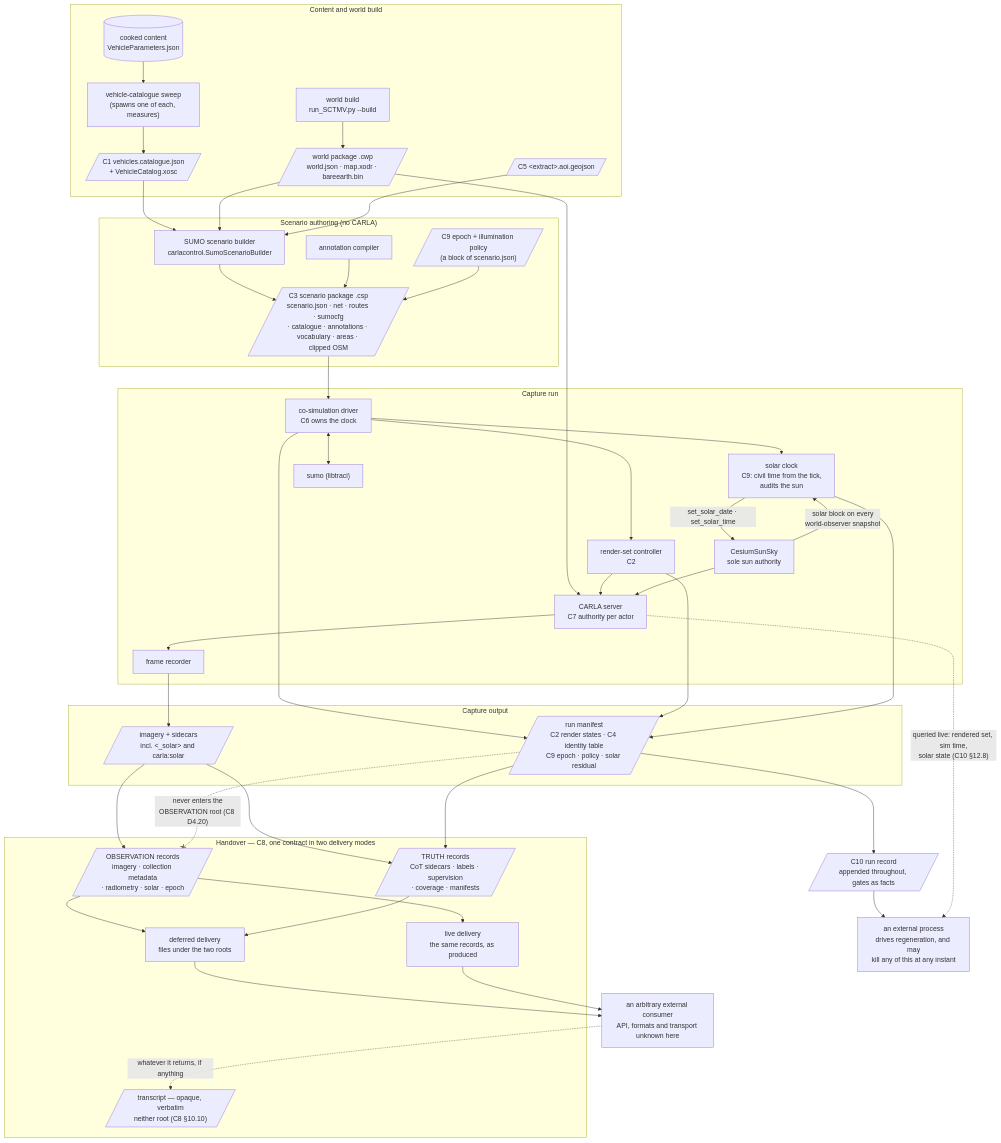
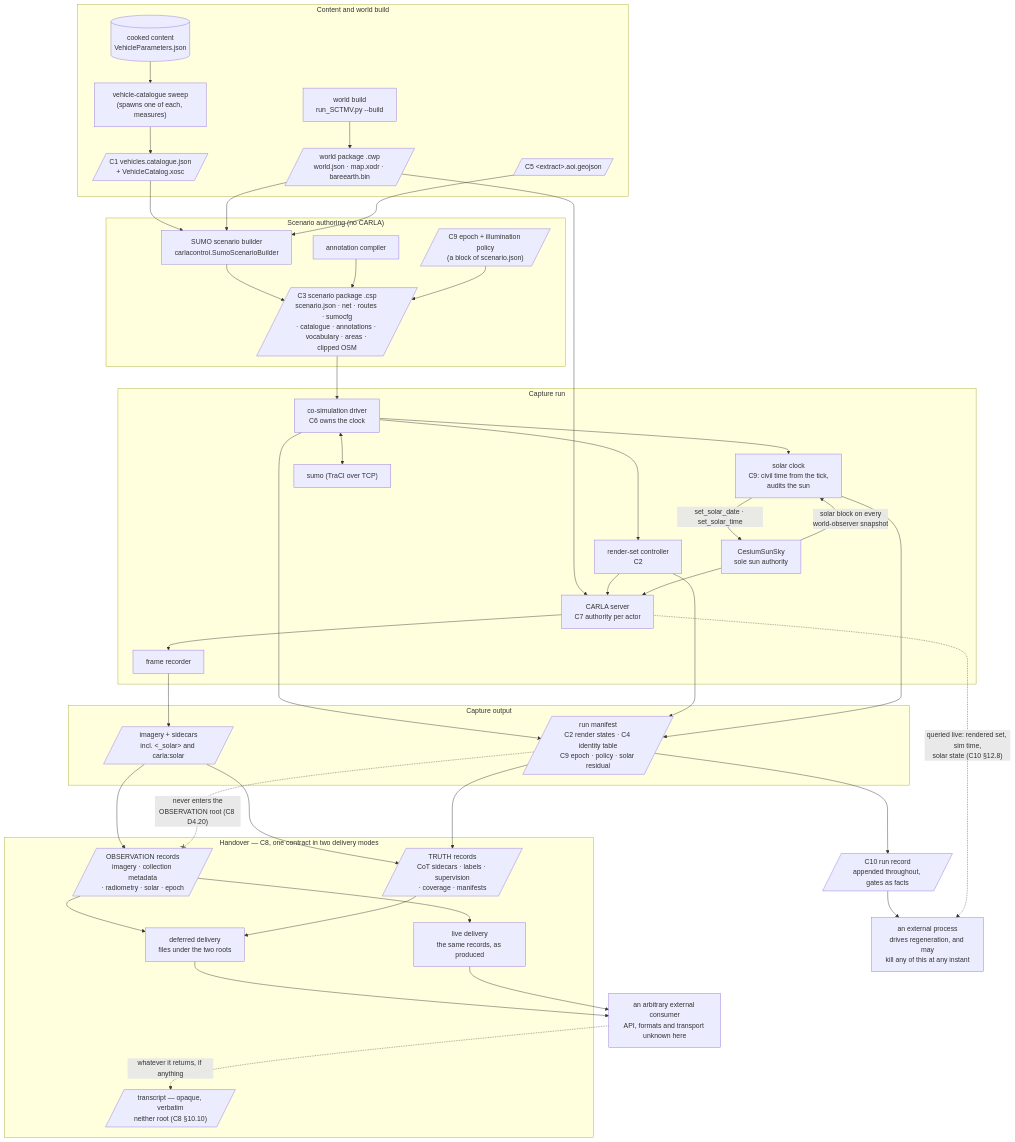
Before and after one commit to sbrett9/carla: the first of 7 diagrams in Docs/CAT_Research/Plans/SUMO_Behavioral_Capture/04_Contracts.md, drawn with Mermaid. The commit also changed other lines of this file and 10 other files, not shown here.

````diff
--- a/Docs/CAT_Research/Plans/SUMO_Behavioral_Capture/04_Contracts.md
+++ b/Docs/CAT_Research/Plans/SUMO_Behavioral_Capture/04_Contracts.md
@@ -142,80 +142,80 @@
 ```mermaid
 flowchart TB
   subgraph build["Content and world build"]
     CONTENT[("cooked content<br/>VehicleParameters.json")]
     SWEEP["vehicle-catalogue sweep<br/>(spawns one of each, measures)"]
     CAT[/"C1 vehicles.catalogue.json<br/>+ VehicleCatalog.xosc"/]
     WORLDGEN["world build<br/>run_SCTMV.py --build"]
     CWP[/"world package .cwp<br/>world.json · map.xodr · bareearth.bin"/]
     AOI[/"C5 &lt;extract&gt;.aoi.geojson"/]
   end
 
   subgraph author["Scenario authoring (no CARLA)"]
     BUILDER["SUMO scenario builder<br/>carlacontrol.SumoScenarioBuilder"]
     ANNOT["annotation compiler"]
     EPOCH[/"C9 epoch + illumination policy<br/>(a block of scenario.json)"/]
     CSP[/"C3 scenario package .csp<br/>scenario.json · net · routes · sumocfg<br/>· catalogue · annotations · vocabulary · areas · clipped OSM"/]
   end
 
   subgraph run["Capture run"]
     DRIVER["co-simulation driver<br/>C6 owns the clock"]
     CLOCK["solar clock<br/>C9: civil time from the tick,<br/>audits the sun"]
-    SUMO["sumo (libtraci)"]
+    SUMO["sumo (TraCI over TCP)"]
     RSC["render-set controller<br/>C2"]
     SERVER["CARLA server<br/>C7 authority per actor"]
     SUN["CesiumSunSky<br/>sole sun authority"]
     REC["frame recorder"]
   end
 
   subgraph out["Capture output"]
     IMG[/"imagery + sidecars<br/>incl. &lt;_solar&gt; and carla:solar"/]
     MAN[/"run manifest<br/>C2 render states · C4 identity table<br/>C9 epoch · policy · solar residual"/]
   end
 
   subgraph handover["Handover — C8, one contract in two delivery modes"]
     OBSR[/"OBSERVATION records<br/>imagery · collection metadata<br/>· radiometry · solar · epoch"/]
     TRUR[/"TRUTH records<br/>CoT sidecars · labels · supervision<br/>· coverage · manifests"/]
     DEFD["deferred delivery<br/>files under the two roots"]
     LIVED["live delivery<br/>the same records, as produced"]
     TRX[/"transcript — opaque, verbatim<br/>neither root (C8 §10.10)"/]
   end
   RES[/"C10 run record<br/>appended throughout, gates as facts"/]
   EXT["an arbitrary external consumer<br/>API, formats and transport unknown here"]
   AUTO["an external process<br/>drives regeneration, and may<br/>kill any of this at any instant"]
 
   CONTENT --> SWEEP --> CAT
   WORLDGEN --> CWP
   CAT --> BUILDER
   CWP --> BUILDER
   AOI --> BUILDER
   BUILDER --> CSP
   ANNOT --> CSP
   EPOCH --> CSP
   CSP --> DRIVER
   CWP --> SERVER
   DRIVER <--> SUMO
   DRIVER --> RSC
   DRIVER --> CLOCK
   CLOCK -->|"set_solar_date · set_solar_time"| SUN
   SUN -->|"solar block on every<br/>world-observer snapshot"| CLOCK
   RSC --> SERVER
   SUN --> SERVER
   SERVER --> REC
   REC --> IMG
   DRIVER --> MAN
   RSC --> MAN
   CLOCK --> MAN
   IMG --> OBSR
   IMG --> TRUR
   MAN --> TRUR
   OBSR --> DEFD
   TRUR --> DEFD
   OBSR --> LIVED
   DEFD --> EXT
   LIVED --> EXT
   EXT -. "whatever it returns, if anything" .-> TRX
   MAN --> RES
   RES --> AUTO
   SERVER -. "queried live: rendered set, sim time,<br/>solar state (C10 §12.8)" .-> AUTO
   MAN -. "never enters the<br/>OBSERVATION root (C8 D4.20)" .-x OBSR
 ```
````
